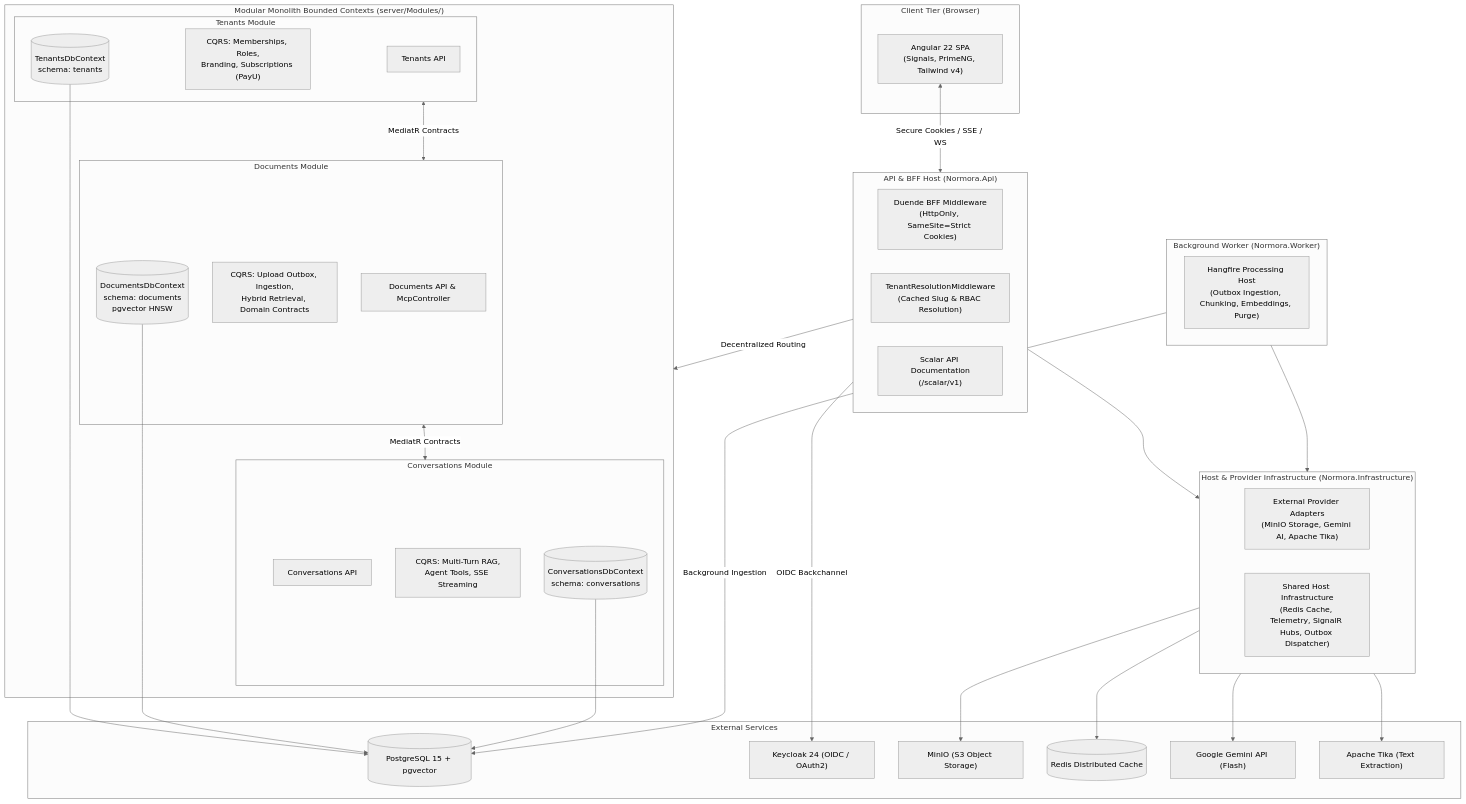
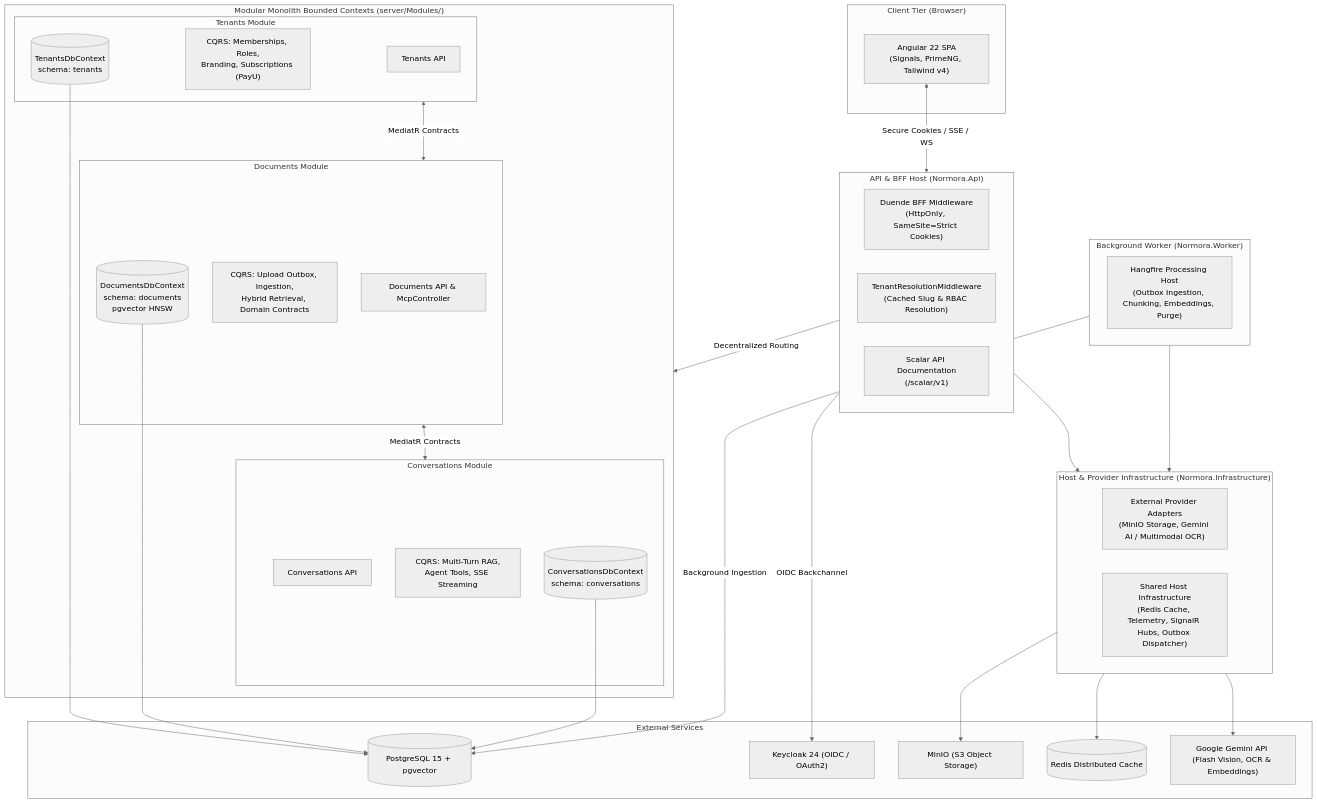
Before and after one commit to primecoderIN/Normora: the diagram in README.md, drawn with Mermaid (neutral theme). The commit also changed 25 other files, not shown here.

Commit message:
feat(documents): replace Apache Tika with Gemini multimodal extraction and OCR

````diff
--- a/README.md
+++ b/README.md
@@ -30,61 +30,60 @@
 ```mermaid
 flowchart TD
     subgraph Client ["Client Tier (Browser)"]
         SPA["Angular 22 SPA<br/>(Signals, PrimeNG, Tailwind v4)"]
     end
 
     subgraph Host ["API & BFF Host (Normora.Api)"]
         BFF["Duende BFF Middleware<br/>(HttpOnly, SameSite=Strict Cookies)"]
         TRM["TenantResolutionMiddleware<br/>(Cached Slug & RBAC Resolution)"]
         Scalar["Scalar API Documentation<br/>(/scalar/v1)"]
     end
 
     subgraph Modules ["Modular Monolith Bounded Contexts (server/Modules/)"]
         subgraph TenantsMod ["Tenants Module"]
             T_API["Tenants API"]
             T_CQRS["CQRS: Memberships, Roles,<br/>Branding, Subscriptions (PayU)"]
             T_DB[("TenantsDbContext<br/>schema: tenants")]
         end
 
         subgraph DocsMod ["Documents Module"]
             D_API["Documents API & McpController"]
             D_CQRS["CQRS: Upload Outbox, Ingestion,<br/>Hybrid Retrieval, Domain Contracts"]
             D_DB[("DocumentsDbContext<br/>schema: documents<br/>pgvector HNSW")]
         end
 
         subgraph ConvsMod ["Conversations Module"]
             C_API["Conversations API"]
             C_CQRS["CQRS: Multi-Turn RAG,<br/>Agent Tools, SSE Streaming"]
             C_DB[("ConversationsDbContext<br/>schema: conversations")]
         end
     end
 
     subgraph InfraLib ["Host & Provider Infrastructure (Normora.Infrastructure)"]
-        INF_PROV["External Provider Adapters<br/>(MinIO Storage, Gemini AI, Apache Tika)"]
+        INF_PROV["External Provider Adapters<br/>(MinIO Storage, Gemini AI / Multimodal OCR)"]
         INF_HOST["Shared Host Infrastructure<br/>(Redis Cache, Telemetry, SignalR Hubs, Outbox Dispatcher)"]
     end
 
     subgraph WorkerHost ["Background Worker (Normora.Worker)"]
         HF["Hangfire Processing Host<br/>(Outbox Ingestion, Chunking, Embeddings, Purge)"]
     end
 
     subgraph Infrastructure ["External Services"]
         PG[("PostgreSQL 15 + pgvector")]
         KC["Keycloak 24 (OIDC / OAuth2)"]
         S3["MinIO (S3 Object Storage)"]
         RD[("Redis Distributed Cache")]
-        GEM["Google Gemini API (Flash)"]
-        TIKA["Apache Tika (Text Extraction)"]
+        GEM["Google Gemini API (Flash Vision, OCR & Embeddings)"]
     end
 
     SPA <-->|Secure Cookies / SSE / WS| Host
     Host -->|Decentralized Routing| Modules
     Host --> InfraLib
     WorkerHost --> InfraLib
     TenantsMod <-->|MediatR Contracts| DocsMod
     DocsMod <-->|MediatR Contracts| ConvsMod
     T_DB & D_DB & C_DB --> PG
     WorkerHost -->|Background Ingestion| PG
-    InfraLib --> S3 & GEM & TIKA & RD
+    InfraLib --> S3 & GEM & RD
     Host -->|OIDC Backchannel| KC
 ```
````
